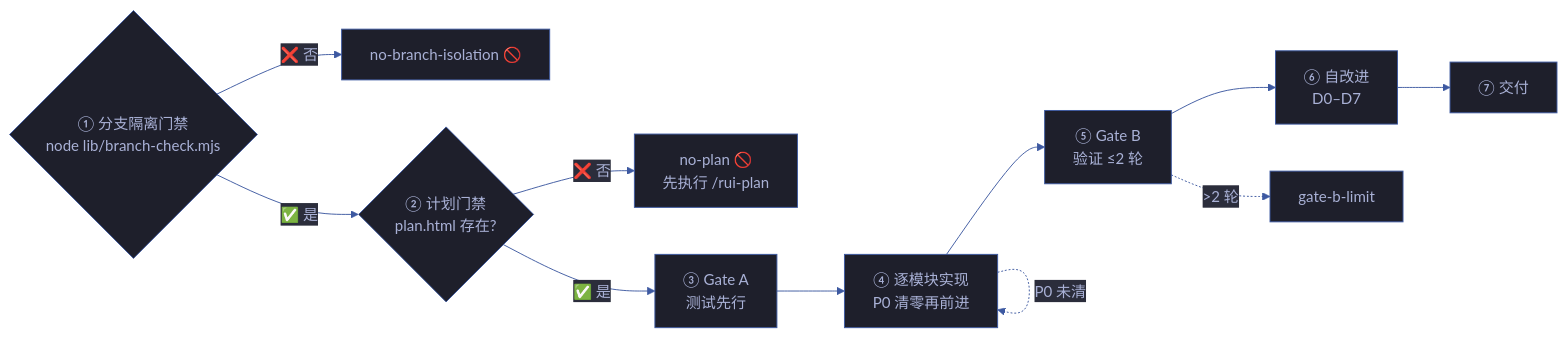
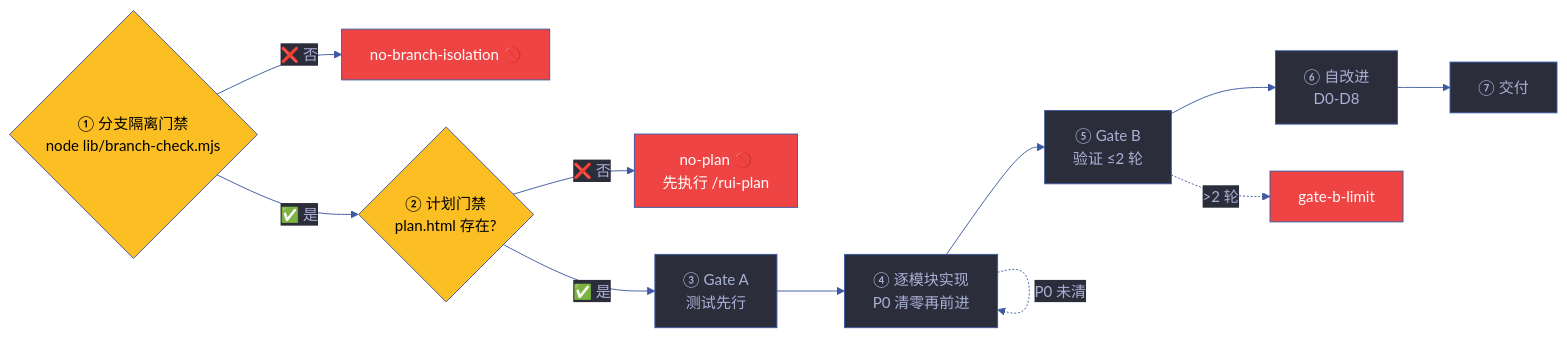
One commit to effiy/YrY changed the first of 4 diagrams in skills/rui-code/SKILL.md. Above: the diagram before and after it, drawn with Mermaid. The commit also changed other lines of this file and 1028 other files, not shown here.

````diff
--- a/skills/rui-code/SKILL.md
+++ b/skills/rui-code/SKILL.md
@@ -17,17 +23,21 @@
 ```mermaid
 %%{init: {'theme': 'base', 'themeVariables': {
   'primaryColor': '#1e1f2b', 'primaryTextColor': '#a9b1d6', 'primaryBorderColor': '#3d59a1',
   'lineColor': '#3d59a1', 'secondaryColor': '#2b2d3b', 'tertiaryColor': '#21232f'
 }}}%%
 flowchart LR
     BR{"① 分支隔离门禁<br/>node lib/branch-check.mjs"}:::gate -->|"❌ 否"| BLOCK["no-branch-isolation 🚫"]:::bad
     BR -->|"✅ 是"| PLAN{"② 计划门禁<br/>plan.html 存在?"}:::gate
     PLAN -->|"❌ 否"| NO_PLAN["no-plan 🚫<br/>先执行 /rui-plan"]:::bad
     PLAN -->|"✅ 是"| A[③ Gate A<br/>测试先行]:::s
     A --> B[④ 逐模块实现<br/>P0 清零再前进]:::s
     B --> C[⑤ Gate B<br/>验证 ≤2 轮]:::s
-    C --> D[⑥ 自改进<br/>D0–D7]:::s
+    C --> D[⑥ 自改进<br/>D0-D8]:::s
     D --> E[⑦ 交付]:::s
     B -.P0 未清.-> B
     C -.>2 轮.-> X[gate-b-limit]:::bad
+
+    classDef gate fill:#fbbf24,color:#000
+    classDef bad fill:#ef4444,color:#fff
+    classDef s fill:#2b2d3b,stroke:#3d59a1,color:#a9b1d6
 ```
````
